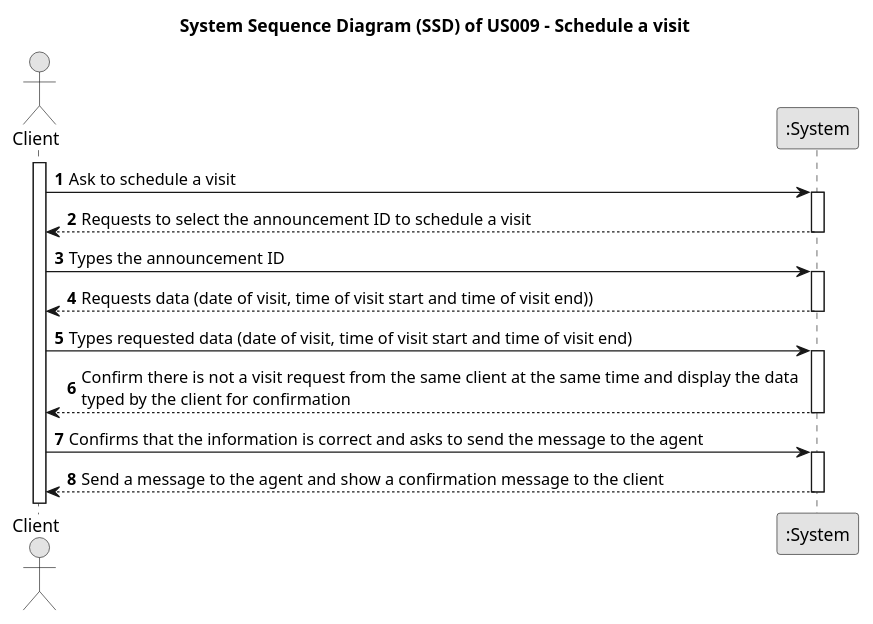
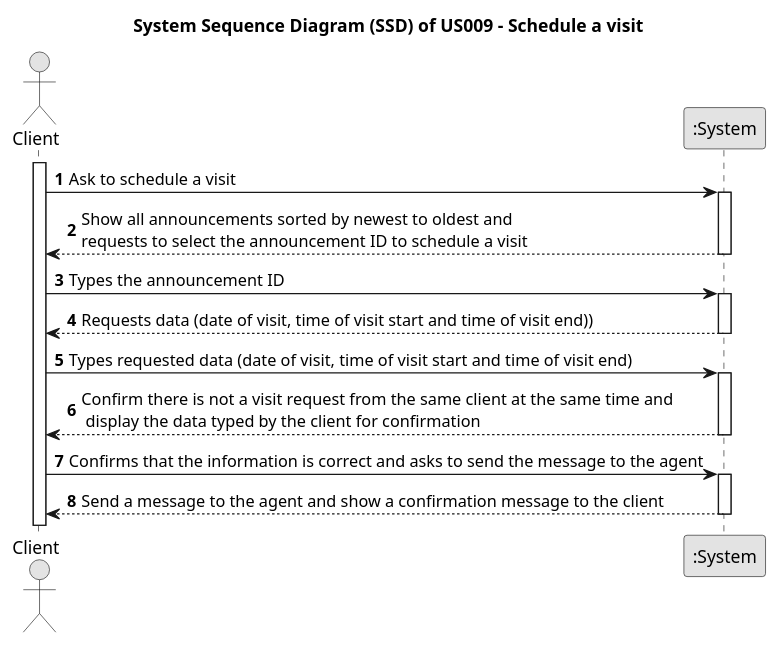
The diagram in docs/sprintC/us009/01.requirements-engineering/puml/us009-system-sequence-diagram.puml (Goncalves2525/real-estate-management-system), drawn with PlantUML before and after one commit. The commit also changed 2 other files, not shown here.

Commit message:
Class diagram, SD and SSD update [US009] (now I select to Schedule a Visit and only after that the announcements are listed)

```diff
--- a/docs/sprintC/us009/01.requirements-engineering/puml/us009-system-sequence-diagram.puml
+++ b/docs/sprintC/us009/01.requirements-engineering/puml/us009-system-sequence-diagram.puml
@@ -1,41 +1,41 @@
 @startuml
 skinparam monochrome true
 skinparam packageStyle rectangle
 skinparam shadowing false
 
 title System Sequence Diagram (SSD) of US009 - Schedule a visit
 
 autonumber
 
 actor "Client" as Client
 participant ":System" as System
 
 activate Client
 
 
     Client -> System : Ask to schedule a visit
         activate System
 
-        System --> Client : Requests to select the announcement ID to schedule a visit
+        System --> Client : Show all announcements sorted by newest to oldest and \nrequests to select the announcement ID to schedule a visit
     deactivate System
 
     Client -> System : Types the announcement ID
         activate System
 
         System --> Client : Requests data (date of visit, time of visit start and time of visit end))
     deactivate System
 
     Client -> System : Types requested data (date of visit, time of visit start and time of visit end)
         activate System
 
-        System --> Client : Confirm there is not a visit request from the same client at the same time and display the data \ntyped by the client for confirmation
+        System --> Client : Confirm there is not a visit request from the same client at the same time and\n display the data typed by the client for confirmation
     deactivate System
 
     Client -> System : Confirms that the information is correct and asks to send the message to the agent
         activate System
 
         System --> Client : Send a message to the agent and show a confirmation message to the client
     deactivate System
 
 
 @enduml
```
